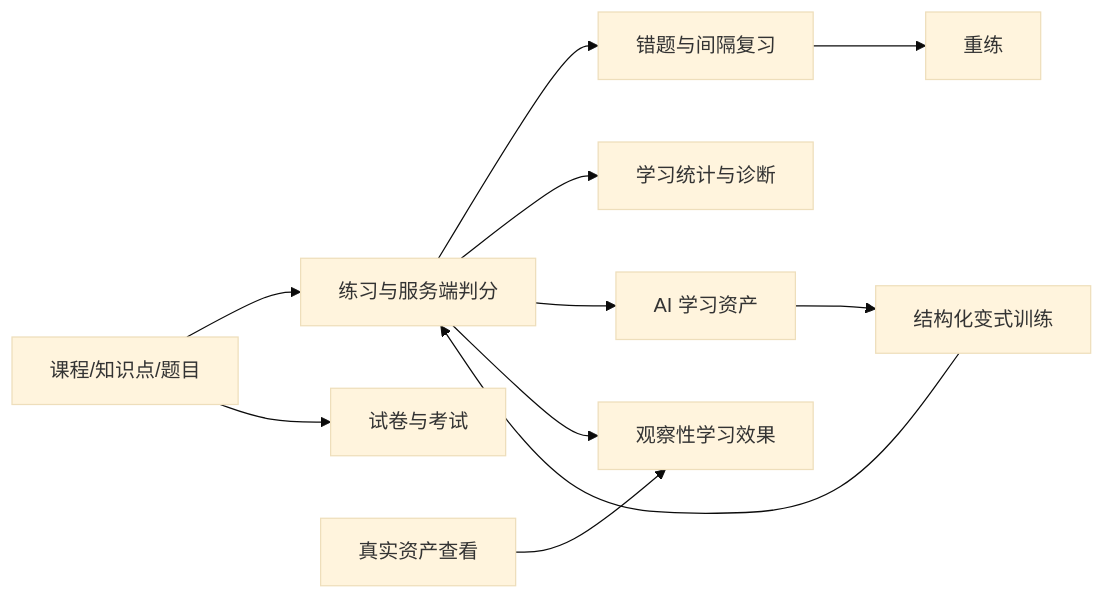
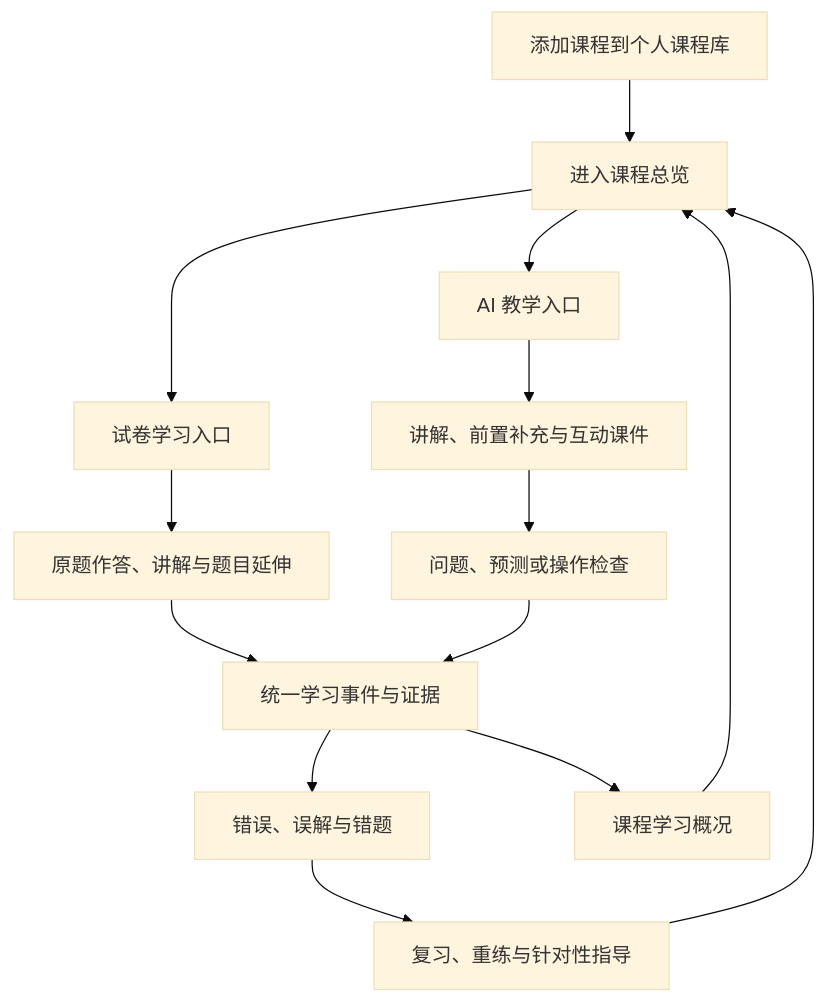
One commit to umico8832/LearnPlatform changed the diagram in docs/product/prd.md. Above: the diagram before and after it, drawn with Mermaid (base theme). The commit also changed other lines of this file and 11 other files, not shown here.

````diff
--- a/docs/product/prd.md
+++ b/docs/product/prd.md
@@ -28,13 +67,16 @@
 ```mermaid
-flowchart LR
-    Content["课程/知识点/题目"] --> Practice["练习与服务端判分"]
-    Practice --> Wrong["错题与间隔复习"]
-    Wrong --> Retry["重练"]
-    Practice --> Report["学习统计与诊断"]
-    Content --> Exam["试卷与考试"]
-    Practice --> Asset["AI 学习资产"]
-    Asset --> Variant["结构化变式训练"]
-    Variant --> Practice
-    View["真实资产查看"] --> Observe["观察性学习效果"]
-    Practice --> Observe
+flowchart TD
+    Library["添加课程到个人课程库"] --> Overview["进入课程总览"]
+    Overview --> Tutor["AI 教学入口"]
+    Overview --> Paper["试卷学习入口"]
+    Tutor --> Teach["讲解、前置补充与互动课件"]
+    Paper --> PaperStudy["原题作答、讲解与题目延伸"]
+    Teach --> Check["问题、预测或操作检查"]
+    PaperStudy --> Evidence["统一学习事件与证据"]
+    Check --> Evidence
+    Evidence --> Mistake["错误、误解与错题"]
+    Evidence --> Progress["课程学习概况"]
+    Mistake --> Review["复习、重练与针对性指导"]
+    Review --> Overview
+    Progress --> Overview
 ```
````
